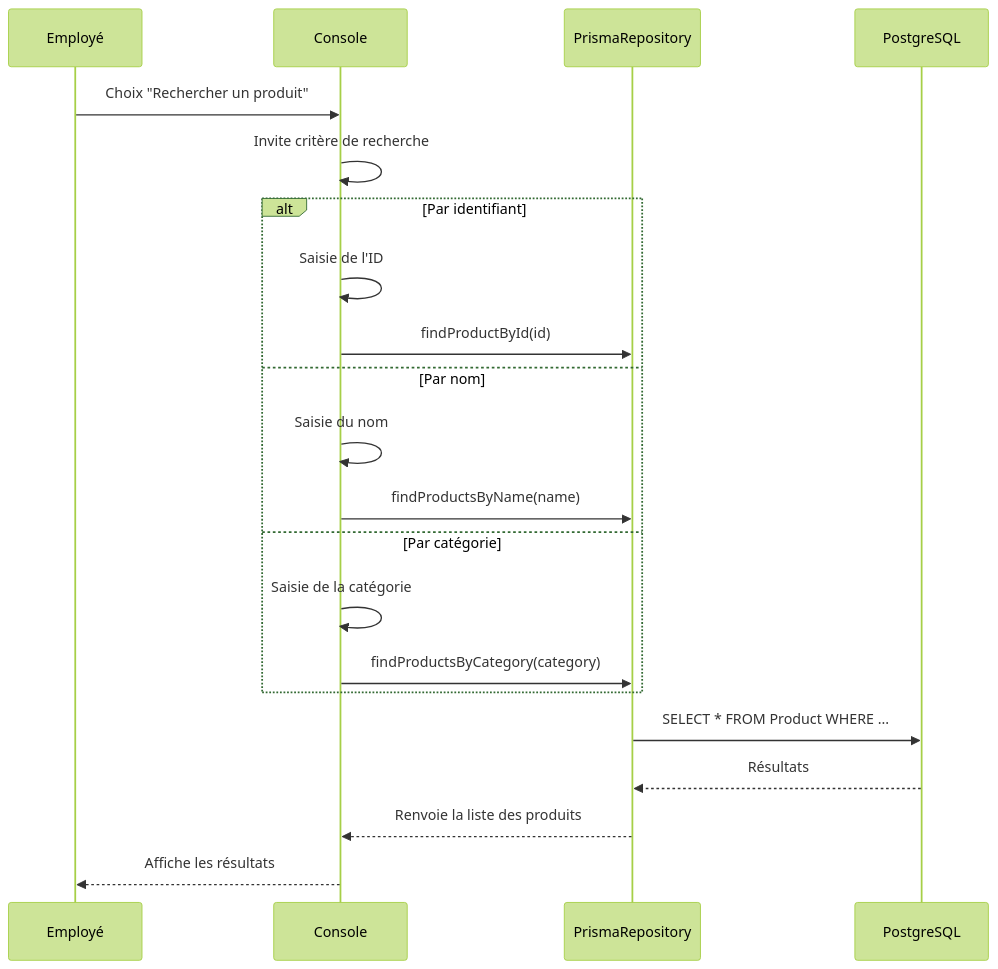
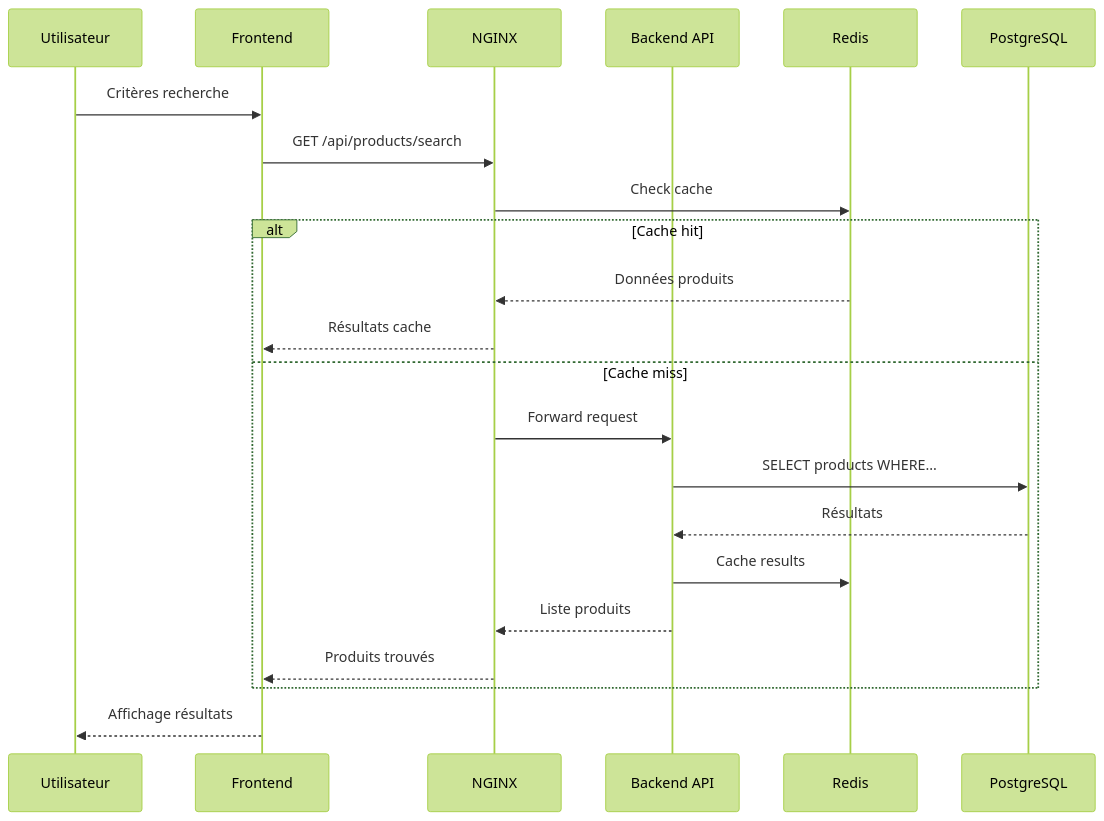
One commit to MarcoBisson/LOG430-Lab0 changed the third of 6 diagrams in docs/UML/sequence-diagram.md. Above: the diagram before and after it, drawn with Mermaid (forest theme). The commit also changed other lines of this file and 6 other files, not shown here.

Commit message:
Config Grafana + Diagrammes étape 2

````diff
--- a/docs/UML/sequence-diagram.md
+++ b/docs/UML/sequence-diagram.md
@@ -24,24 +42,25 @@
 ```mermaid
 sequenceDiagram
-    participant U as Employé
-    participant C as Console
-    participant R as PrismaRepository
+    participant U as Utilisateur
+    participant F as Frontend
+    participant N as NGINX
+    participant API as Backend API
+    participant R as Redis
     participant DB as PostgreSQL
 
-    U->>C: Choix "Rechercher un produit"
-    C->>C: Invite critère de recherche
-    alt Par identifiant
-        C->>C: Saisie de l'ID
-        C->>R: findProductById(id)
-    else Par nom
-        C->>C: Saisie du nom
-        C->>R: findProductsByName(name)
-    else Par catégorie
-        C->>C: Saisie de la catégorie
-        C->>R: findProductsByCategory(category)
+    U->>F: Critères recherche
+    F->>N: GET /api/products/search
+    N->>R: Check cache
+    alt Cache hit
+        R-->>N: Données produits
+        N-->>F: Résultats cache
+    else Cache miss
+        N->>API: Forward request
+        API->>DB: SELECT products WHERE...
+        DB-->>API: Résultats
+        API->>R: Cache results
+        API-->>N: Liste produits
+        N-->>F: Produits trouvés
     end
-    R->>DB: SELECT * FROM Product WHERE ...
-    DB-->>R: Résultats
-    R-->>C: Renvoie la liste des produits
-    C-->>U: Affiche les résultats
+    F-->>U: Affichage résultats
 ```
````
